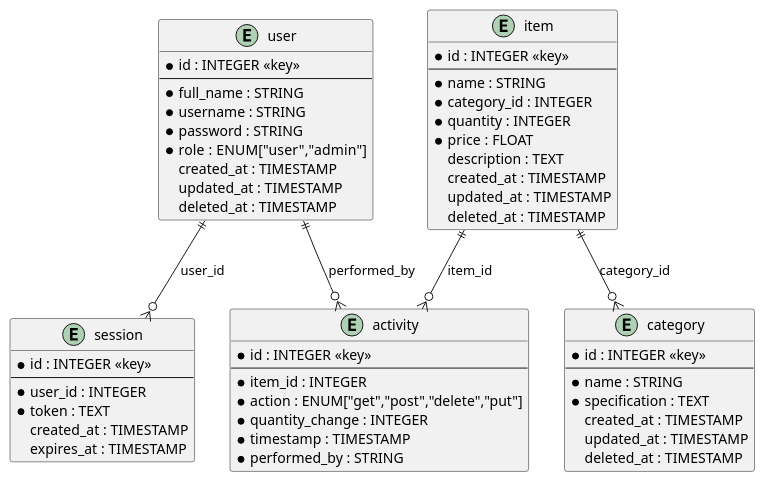
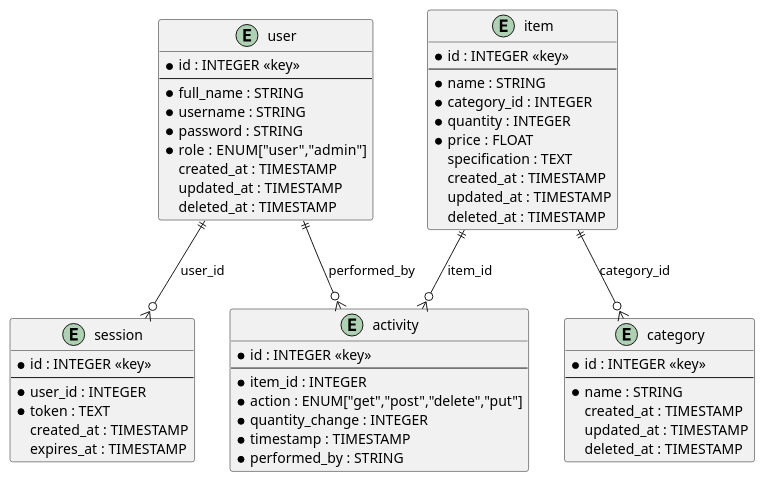
Before and after one commit to anom768/inventory-management-system: the diagram in document/inventory-erd.puml, drawn with PlantUML. The commit also changed 8 other files, not shown here.

```diff
--- a/document/inventory-erd.puml
+++ b/document/inventory-erd.puml
@@ -1,62 +1,61 @@
 @startuml
 
 entity user {
     *id : INTEGER <<key>>
     --
     *full_name : STRING
     *username : STRING
     *password : STRING
     *role :  ENUM["user","admin"]
     created_at : TIMESTAMP
     updated_at : TIMESTAMP
     deleted_at : TIMESTAMP
 }
 
 entity item {
     *id : INTEGER <<key>>
     --
     *name : STRING
     *category_id : INTEGER
     *quantity : INTEGER
     *price : FLOAT
-    description : TEXT
+    specification : TEXT
     created_at : TIMESTAMP
     updated_at : TIMESTAMP
     deleted_at : TIMESTAMP
 }
 
 entity category {
     *id : INTEGER <<key>>
     --
     *name : STRING
-    *specification : TEXT
     created_at : TIMESTAMP
     updated_at : TIMESTAMP
     deleted_at : TIMESTAMP
 }
 
 entity activity {
     *id : INTEGER <<key>>
     --
     *item_id : INTEGER
     *action : ENUM["get","post","delete","put"]
     *quantity_change : INTEGER
     *timestamp : TIMESTAMP
     *performed_by : STRING
 }
 
 entity session {
   *id : INTEGER <<key>>
   --
   *user_id : INTEGER
   *token : TEXT
   created_at : TIMESTAMP
   expires_at : TIMESTAMP
 }
 
 user ||--o{ activity : performed_by
 item ||--o{ activity : item_id
 item ||--o{ category : category_id
 user ||--o{ session  : user_id
 
 @enduml
```
